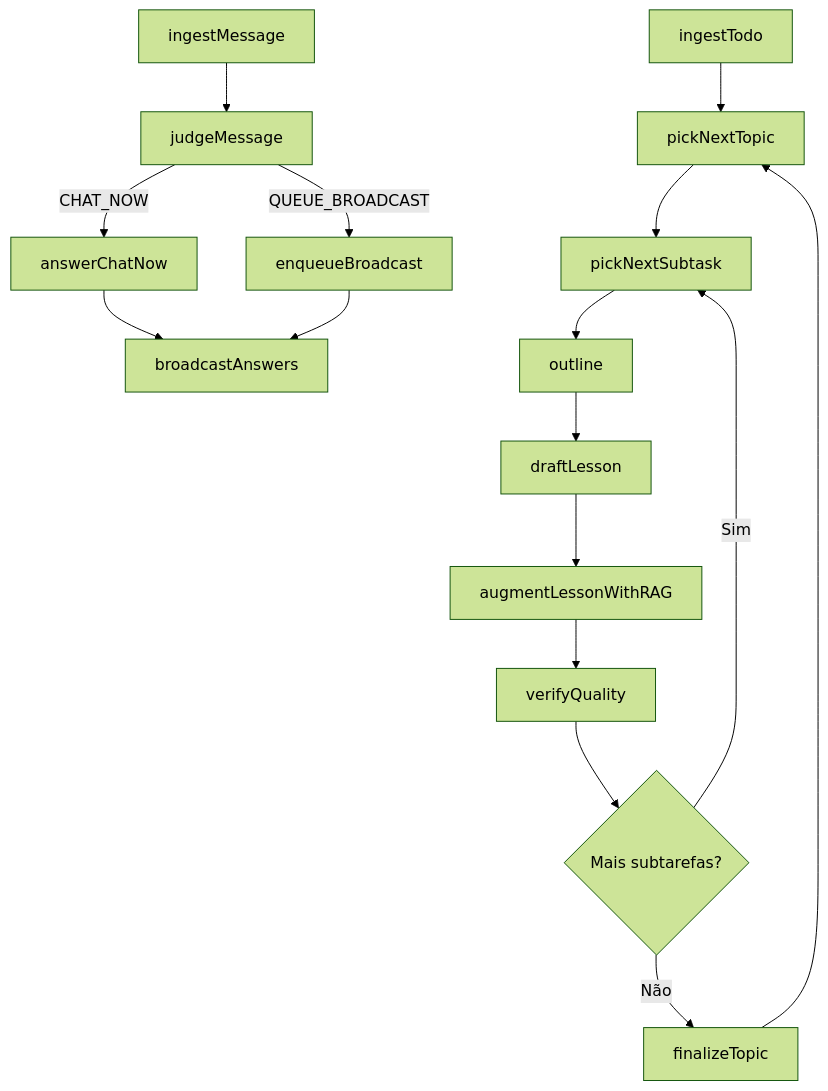
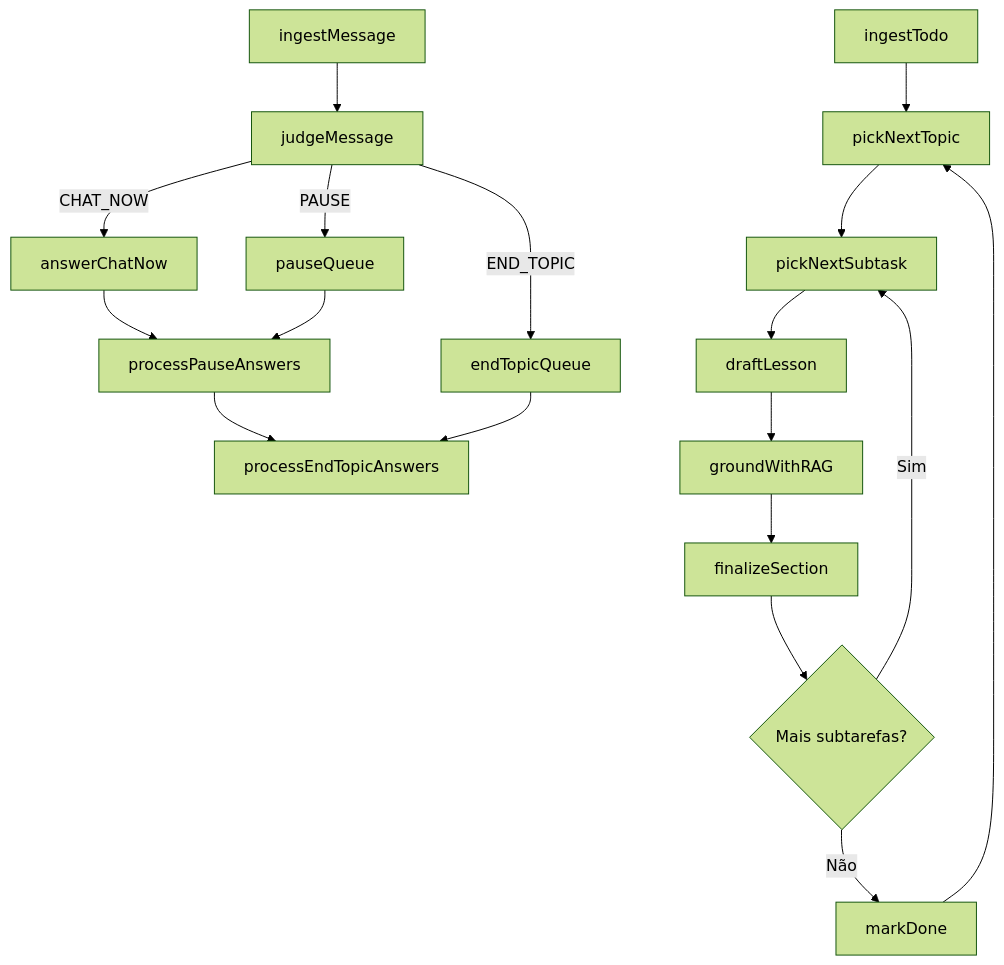
One commit to jowpereira/ai-tutor-avatar changed the diagram in README.md. Above: the diagram before and after it, drawn with Mermaid (forest theme). The commit also changed other lines of this file and 97 other files, not shown here.

````diff
--- a/README.md
+++ b/README.md
@@ -28,19 +71,21 @@
 ```mermaid
 flowchart TD
   A[ingestTodo] --> B[pickNextTopic]
   B --> C[pickNextSubtask]
-  C --> D[outline]
-  D --> E[draftLesson]
-  E --> F[augmentLessonWithRAG]
-  F --> G[verifyQuality]
-  G --> H{Mais subtarefas?}
-  H -- Sim --> C
-  H -- Não --> I[finalizeTopic]
-  I --> B
+  C --> D[draftLesson]
+  D --> E[groundWithRAG]
+  E --> F[finalizeSection]
+  F --> G{Mais subtarefas?}
+  G -- Sim --> C
+  G -- Não --> H[markDone]
+  H --> B
   %% Chat paralelo
   M[ingestMessage] --> N[judgeMessage]
   N --> |CHAT_NOW| O[answerChatNow]
-  N --> |QUEUE_BROADCAST| P[enqueueBroadcast]
-  P --> Q[broadcastAnswers]
-  O --> Q
+  N --> |PAUSE| P[pauseQueue]
+  N --> |END_TOPIC| R[endTopicQueue]
+  O --> S[processPauseAnswers]
+  P --> S[processPauseAnswers]
+  S --> T[processEndTopicAnswers]
+  R --> T[processEndTopicAnswers]
 ```
````
